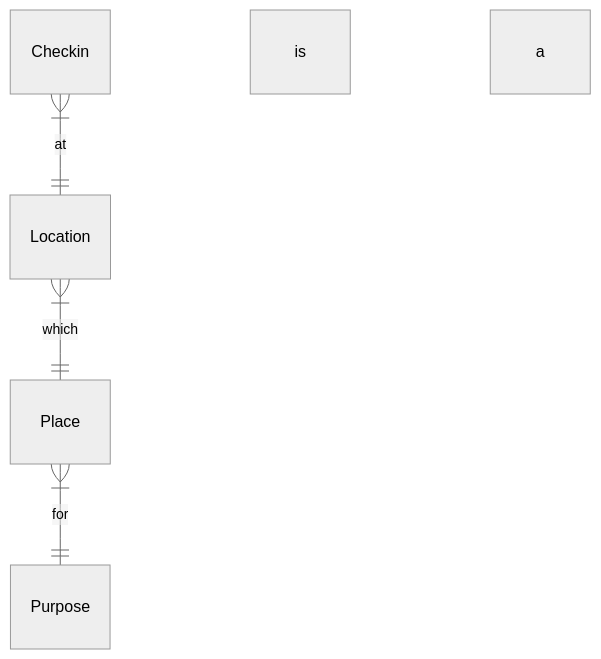
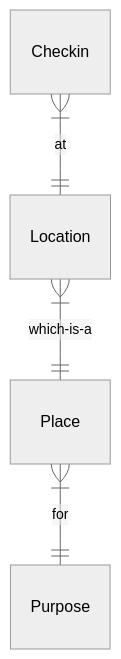
Before and after one commit to BrendanTWhite/factos: the diagram in docs/erd.md, drawn with Mermaid (neutral theme).

````diff
--- a/docs/erd.md
+++ b/docs/erd.md
@@ -3,6 +3,6 @@
 ```mermaid
 erDiagram
     Checkin }|--|| Location : at
-    Location }|--|| Place : which is a
+    Location }|--|| Place : which-is-a
     Place }|--|| Purpose : for
 ```
````
